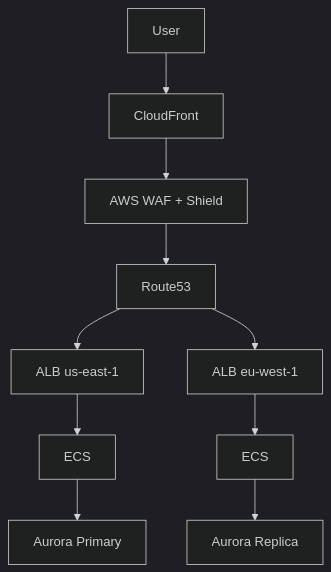
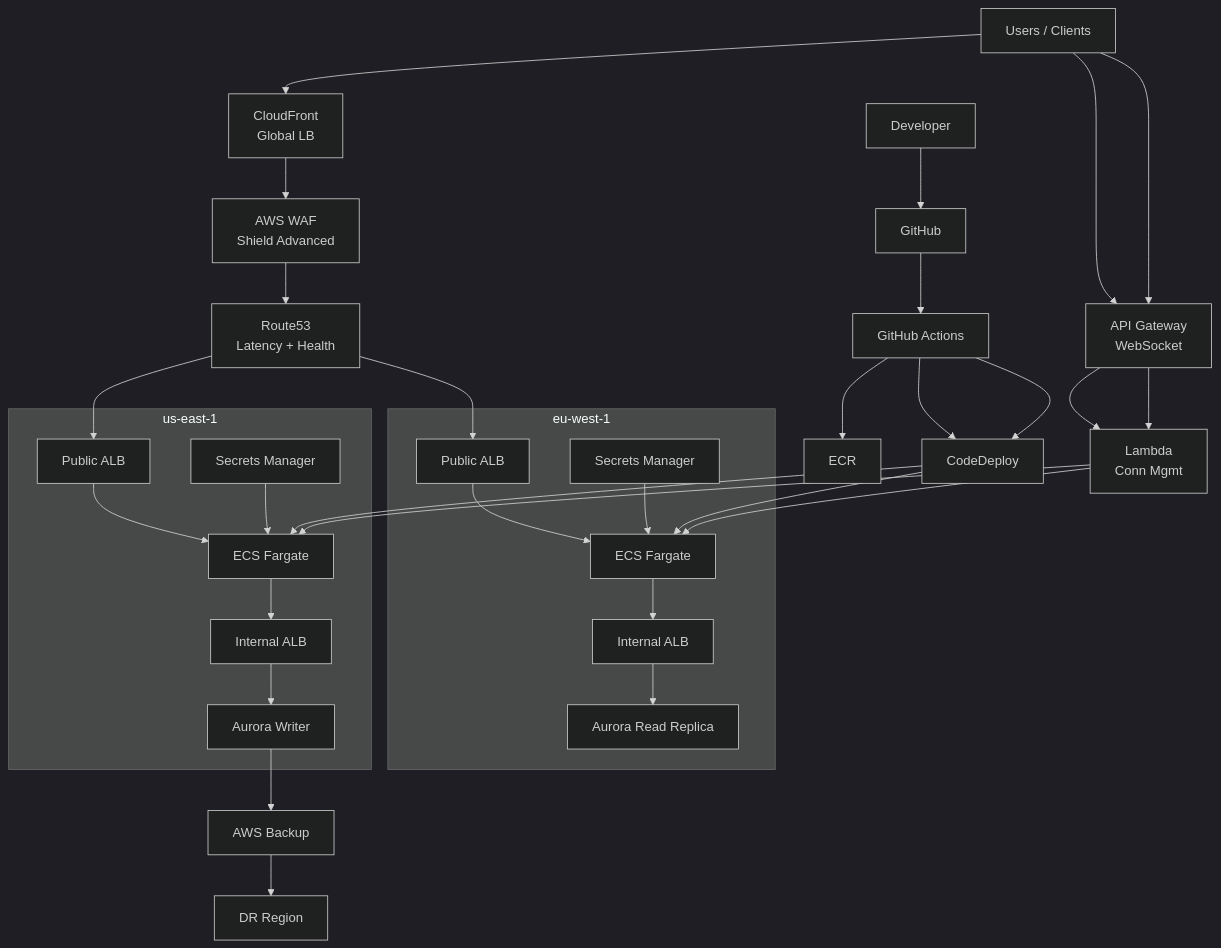
One commit to ankurchouhan/Multi-Region-AWS-Platform changed the diagram in README.md. Above: the diagram before and after it, drawn with Mermaid (dark theme). The commit also changed other lines of this file, not shown here.

````diff
--- a/README.md
+++ b/README.md
@@ -82,12 +37,51 @@
 ```mermaid
-flowchart TD
-    User --> CF[CloudFront]
-    CF --> WAF[AWS WAF + Shield]
-    WAF --> R53[Route53]
-    R53 --> ALB1[ALB us-east-1]
-    R53 --> ALB2[ALB eu-west-1]
-    ALB1 --> ECS1[ECS]
-    ALB2 --> ECS2[ECS]
-    ECS1 --> DB1[Aurora Primary]
-    ECS2 --> DB2[Aurora Replica]
+flowchart TB
+    User[Users / Clients]
+    CF[CloudFront<br/>Global LB]
+    WAF[AWS WAF<br/>Shield Advanced]
+    R53[Route53<br/>Latency + Health]
+
+    subgraph us-east-1
+        ALB1[Public ALB]
+        ECS1[ECS Fargate]
+        IALB1[Internal ALB]
+        DB1[Aurora Writer]
+        SM1[Secrets Manager]
+    end
+
+    subgraph eu-west-1
+        ALB2[Public ALB]
+        ECS2[ECS Fargate]
+        IALB2[Internal ALB]
+        DB2[Aurora Read Replica]
+        SM2[Secrets Manager]
+    end
+
+    WS[API Gateway<br/>WebSocket]
+    LAMBDA[Lambda<br/>Conn Mgmt]
+
+    DEV[Developer]
+    GH[GitHub]
+    GA[GitHub Actions]
+    ECR[ECR]
+    CD[CodeDeploy]
+
+    BK[AWS Backup]
+    DR[DR Region]
+
+    User --> CF --> WAF --> R53
+    R53 --> ALB1 --> ECS1 --> IALB1 --> DB1
+    R53 --> ALB2 --> ECS2 --> IALB2 --> DB2
+
+    User --> WS --> LAMBDA --> ECS1
+    User --> WS --> LAMBDA --> ECS2
+
+    DEV --> GH --> GA --> ECR
+    GA --> CD --> ECS1
+    GA --> CD --> ECS2
+
+    SM1 --> ECS1
+    SM2 --> ECS2
+
+    DB1 --> BK --> DR
 ```
````
